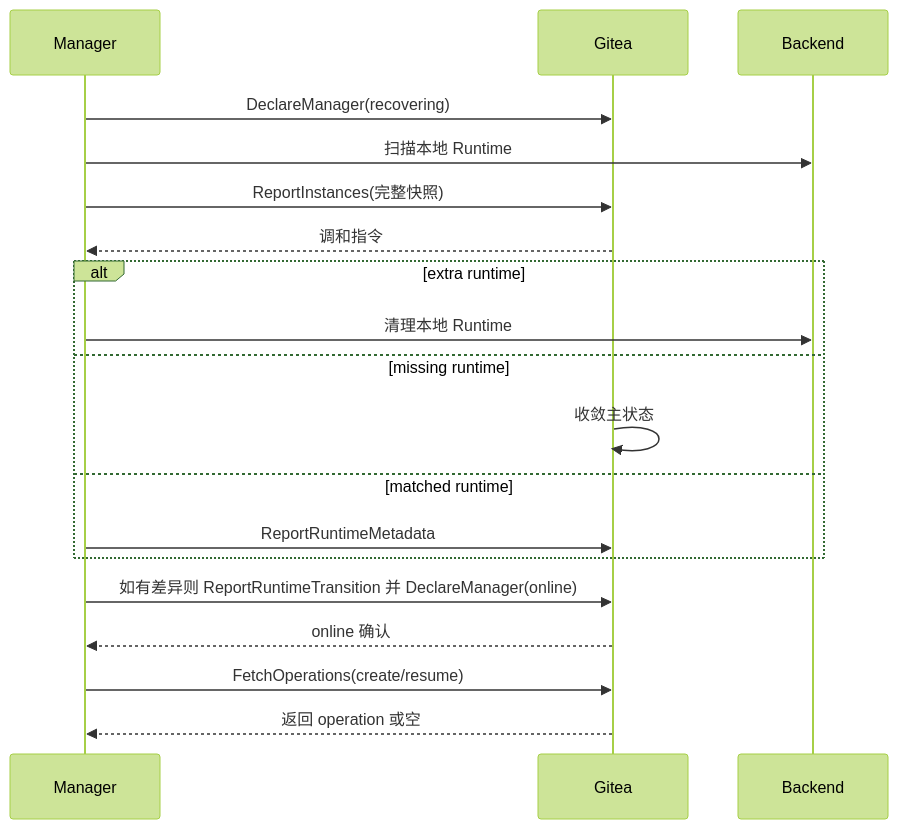
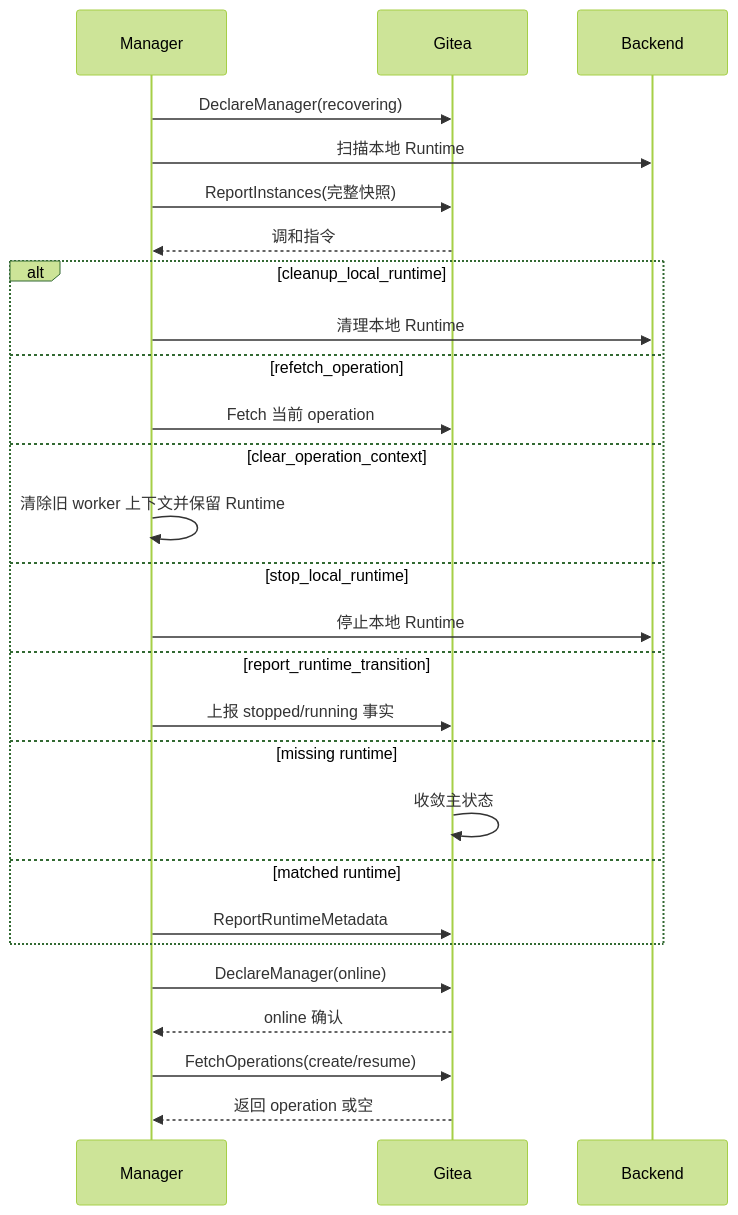
The diagram in src/maintenance-recovery.md (ExplodingDragon/gitea-dev), drawn with Mermaid (forest theme) before and after one commit. The commit also changed other lines of this file and 9 other files, not shown here.

````diff
--- a/src/maintenance-recovery.md
+++ b/src/maintenance-recovery.md
@@ -84,22 +85,30 @@
 ```mermaid
 sequenceDiagram
     participant M as Manager
     participant G as Gitea
     participant B as Backend
 
     M->>G: DeclareManager(recovering)
     M->>B: 扫描本地 Runtime
     M->>G: ReportInstances(完整快照)
     G-->>M: 调和指令
-    alt extra runtime
+    alt cleanup_local_runtime
         M->>B: 清理本地 Runtime
+    else refetch_operation
+        M->>G: Fetch 当前 operation
+    else clear_operation_context
+        M->>M: 清除旧 worker 上下文并保留 Runtime
+    else stop_local_runtime
+        M->>B: 停止本地 Runtime
+    else report_runtime_transition
+        M->>G: 上报 stopped/running 事实
     else missing runtime
         G->>G: 收敛主状态
     else matched runtime
         M->>G: ReportRuntimeMetadata
     end
-    M->>G: 如有差异则 ReportRuntimeTransition 并 DeclareManager(online)
+    M->>G: DeclareManager(online)
     G-->>M: online 确认
     M->>G: FetchOperations(create/resume)
     G-->>M: 返回 operation 或空
 ```
````
